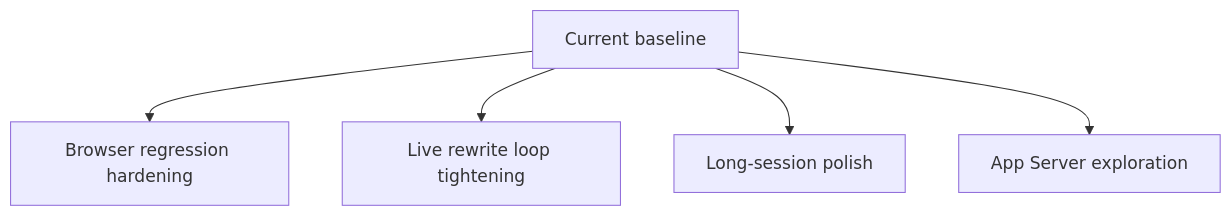
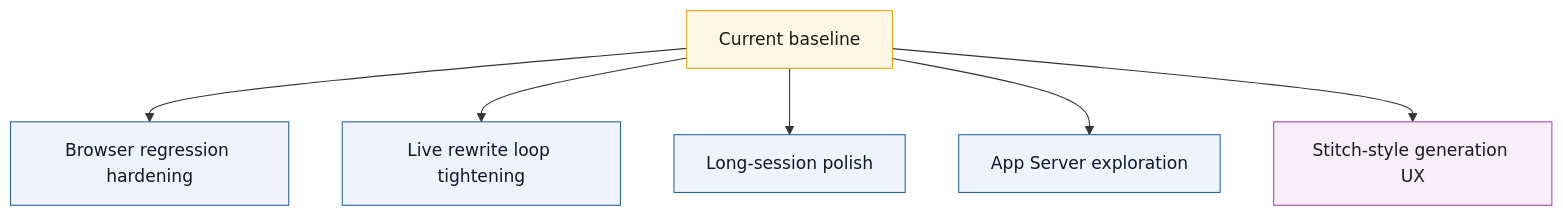
Before and after one commit to varshneydevansh/Canvax: the fourth of 4 diagrams in docs/EXECUTION_STATUS.md, drawn with Mermaid. The commit also changed other lines of this file and 24 other files, not shown here.

````diff
--- a/docs/EXECUTION_STATUS.md
+++ b/docs/EXECUTION_STATUS.md
@@ -152,7 +189,15 @@
 ```mermaid
 flowchart TD
     A[Current baseline] --> B[Browser regression hardening]
     A --> C[Live rewrite loop tightening]
     A --> D[Long-session polish]
     A --> E[App Server exploration]
+    A --> F[Stitch-style generation UX]
+
+    classDef base fill:#fff7e6,stroke:#f0a202,color:#211815;
+    classDef work fill:#eef3ff,stroke:#2364aa,color:#101828;
+    classDef design fill:#f7edfb,stroke:#b246a8,color:#211625;
+    class A base;
+    class B,C,D,E work;
+    class F design;
 ```
````
